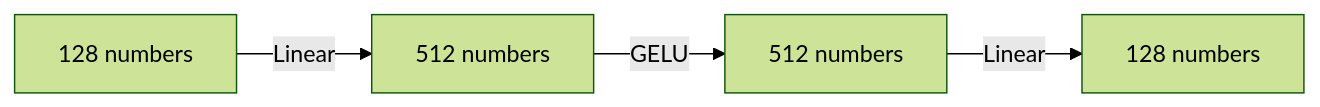
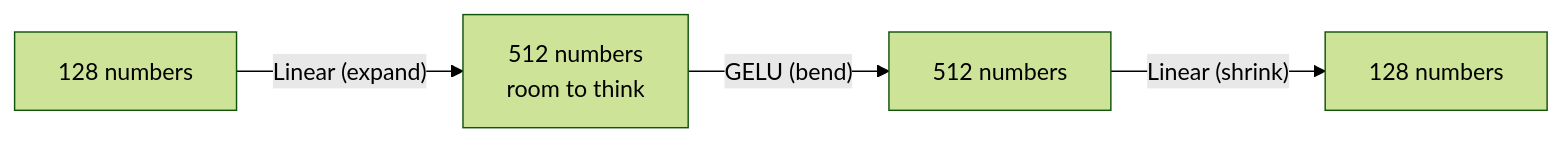
The fifth of 15 diagrams in docs/05-gpt-model.md (Ranjeet0611/tinygpt), drawn with Mermaid (forest theme) before and after one commit. The commit also changed other lines of this file and 9 other files, not shown here.

````diff
--- a/docs/05-gpt-model.md
+++ b/docs/05-gpt-model.md
@@ -92,4 +85,6 @@
 ```mermaid
 flowchart LR
-    A["128 numbers"] -->|"Linear"| B["512 numbers"] -->|"GELU"| C["512 numbers"] -->|"Linear"| D["128 numbers"]
+    A["128 numbers"] -->|"Linear (expand)"| B["512 numbers<br/>room to think"]
+    B -->|"GELU (bend)"| C["512 numbers"]
+    C -->|"Linear (shrink)"| D["128 numbers"]
 ```
````
